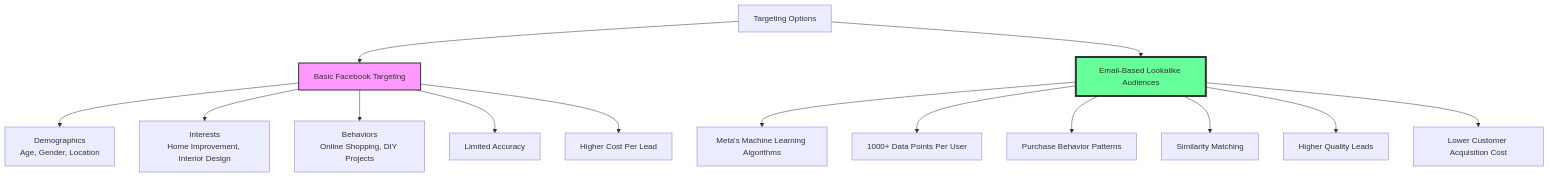
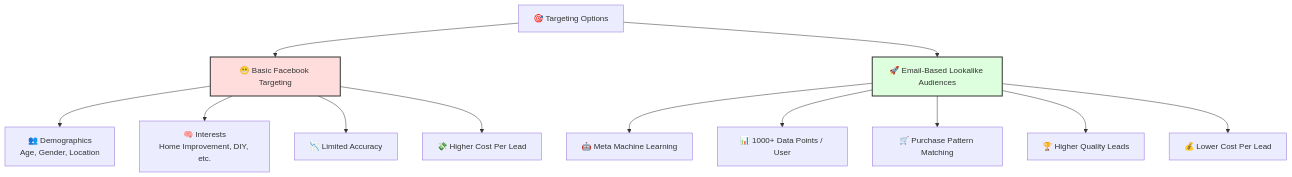
One commit to AleksandrVinnik/Excel-Invoice-Email-Parser changed the first of 2 diagrams in README.md. Above: the diagram before and after it, drawn with Mermaid. The commit also changed other lines of this file, not shown here.

Commit message:
Readme.md file has been updated.

````diff
--- a/README.md
+++ b/README.md
@@ -19,21 +19,25 @@
 ```mermaid
-graph TD
-    A[Targeting Options] --> B[Basic Facebook Targeting]
-    A --> C[Email-Based Lookalike Audiences]
+graph TB
+    A[🎯 Targeting Options]
     
-    B --> D[Demographics<br>Age, Gender, Location]
-    B --> E[Interests<br>Home Improvement, Interior Design]
-    B --> F[Behaviors<br>Online Shopping, DIY Projects]
-    B --> G[Limited Accuracy]
-    B --> H[Higher Cost Per Lead]
-    
-    C --> I[Meta's Machine Learning Algorithms]
-    C --> J[1000+ Data Points Per User]
-    C --> K[Purchase Behavior Patterns]
-    C --> L[Similarity Matching]
-    C --> M[Higher Quality Leads]
-    C --> N[Lower Customer Acquisition Cost]
-    
-    style B fill:#f9f,stroke:#333,stroke-width:2px
-    style C fill:#6f9,stroke:#333,stroke-width:4px
+    A --> B1[😬 Basic Facebook Targeting]
+    A --> B2[🚀 Email-Based Lookalike Audiences]
+
+    %% Basic Targeting Branch
+    B1 --> C1[👥 Demographics<br>Age, Gender, Location]
+    B1 --> C2[🧠 Interests<br>Home Improvement, DIY, etc.]
+    B1 --> C3[📉 Limited Accuracy]
+    B1 --> C4[💸 Higher Cost Per Lead]
+
+    %% Email Lookalike Branch
+    B2 --> D1[🤖 Meta Machine Learning]
+    B2 --> D2[📊 1000+ Data Points / User]
+    B2 --> D3[🛒 Purchase Pattern Matching]
+    B2 --> D4[🏆 Higher Quality Leads]
+    B2 --> D5[💰 Lower Cost Per Lead]
+
+    %% Styling
+    style B1 fill:#fdd,stroke:#333,stroke-width:2px
+    style B2 fill:#dfd,stroke:#333,stroke-width:2px
+
 ```
````
